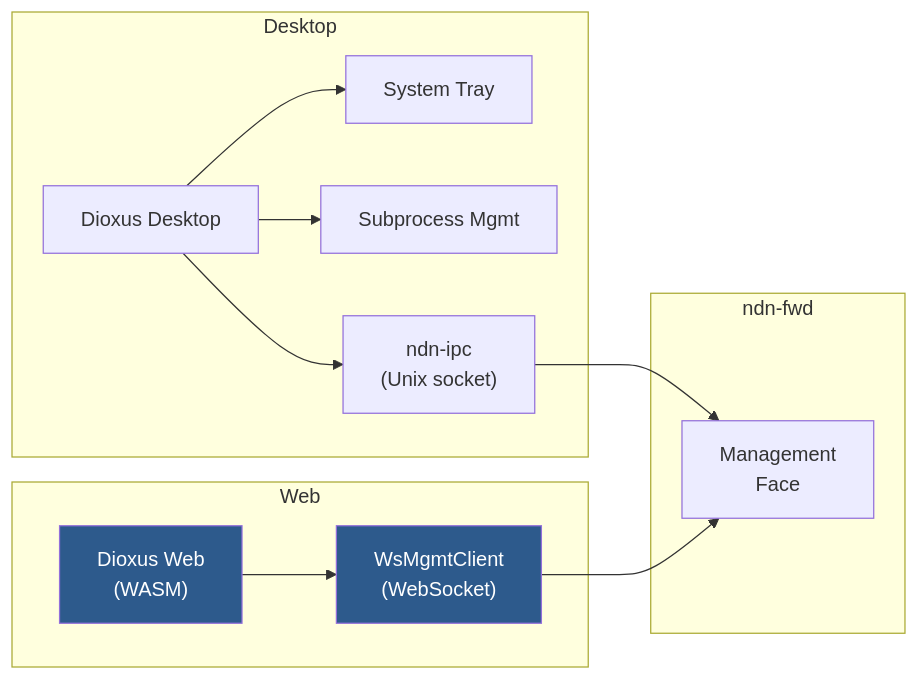
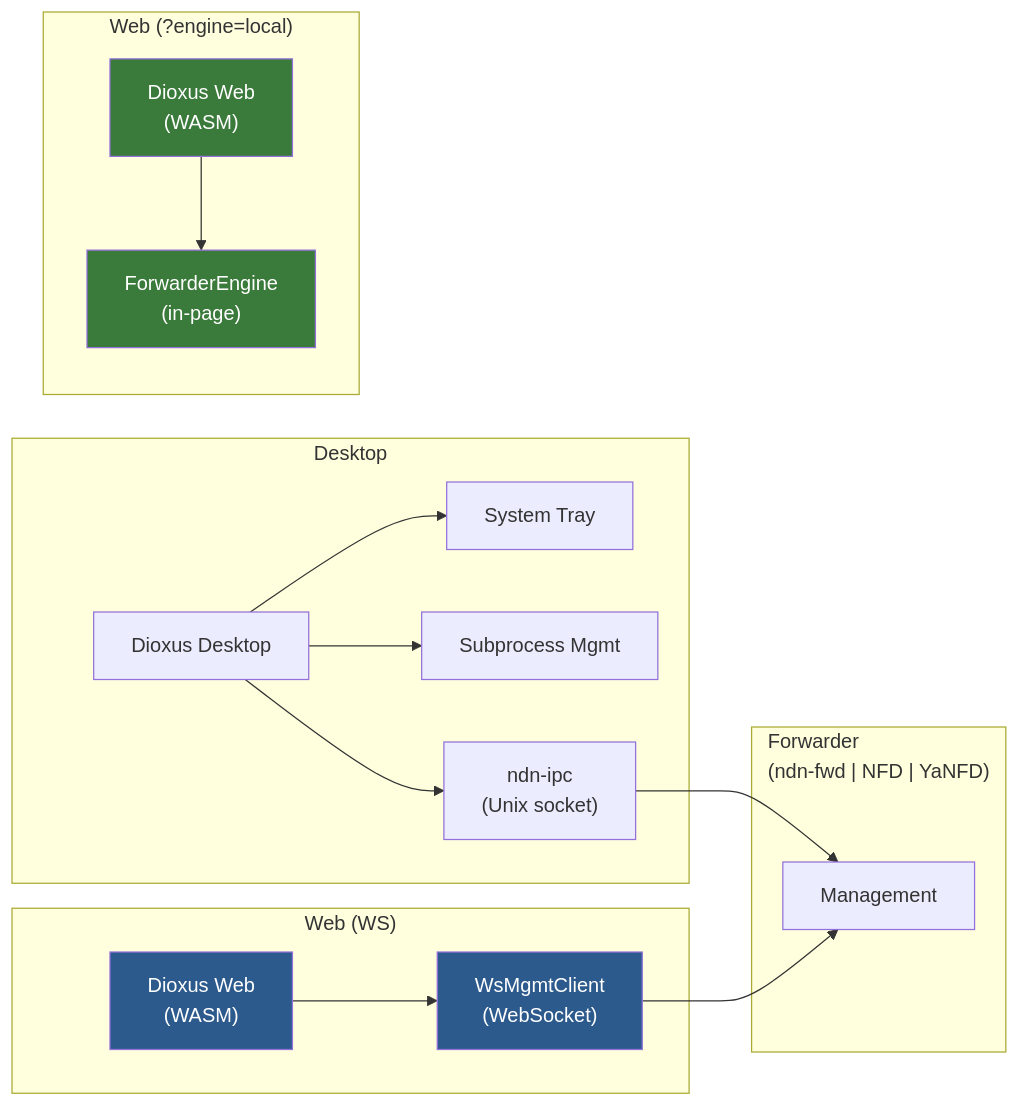
Before and after one commit to Quarmire/ndn-rs: the diagram in docs/wiki/src/guides/dashboard.md, drawn with Mermaid. The commit also changed other lines of this file and 2 other files, not shown here.

First line of the commit message:
docs(ndn-dashboard): multi-forwarder + browser-engine notes

````diff
--- a/docs/wiki/src/guides/dashboard.md
+++ b/docs/wiki/src/guides/dashboard.md
@@ -44,26 +79,34 @@
 ```mermaid
 flowchart LR
     subgraph Desktop
         DX["Dioxus Desktop"]
         TRAY["System Tray"]
         PROC["Subprocess Mgmt"]
         IPC["ndn-ipc\n(Unix socket)"]
     end
 
-    subgraph Web
+    subgraph Web["Web (WS)"]
         DW["Dioxus Web\n(WASM)"]
         WS["WsMgmtClient\n(WebSocket)"]
     end
 
-    subgraph Router["ndn-fwd"]
-        MGT["Management\nFace"]
+    subgraph Browser["Web (?engine=local)"]
+        DBE["Dioxus Web\n(WASM)"]
+        ENG["ForwarderEngine\n(in-page)"]
+    end
+
+    subgraph Router["Forwarder\n(ndn-fwd | NFD | YaNFD)"]
+        MGT["Management"]
     end
 
     DX --> IPC --> MGT
     DX --> TRAY
     DX --> PROC
     DW --> WS --> MGT
+    DBE --> ENG
 
     style DW fill:#2d5a8c,color:#fff
     style WS fill:#2d5a8c,color:#fff
+    style DBE fill:#3a7a3a,color:#fff
+    style ENG fill:#3a7a3a,color:#fff
 ```
````
